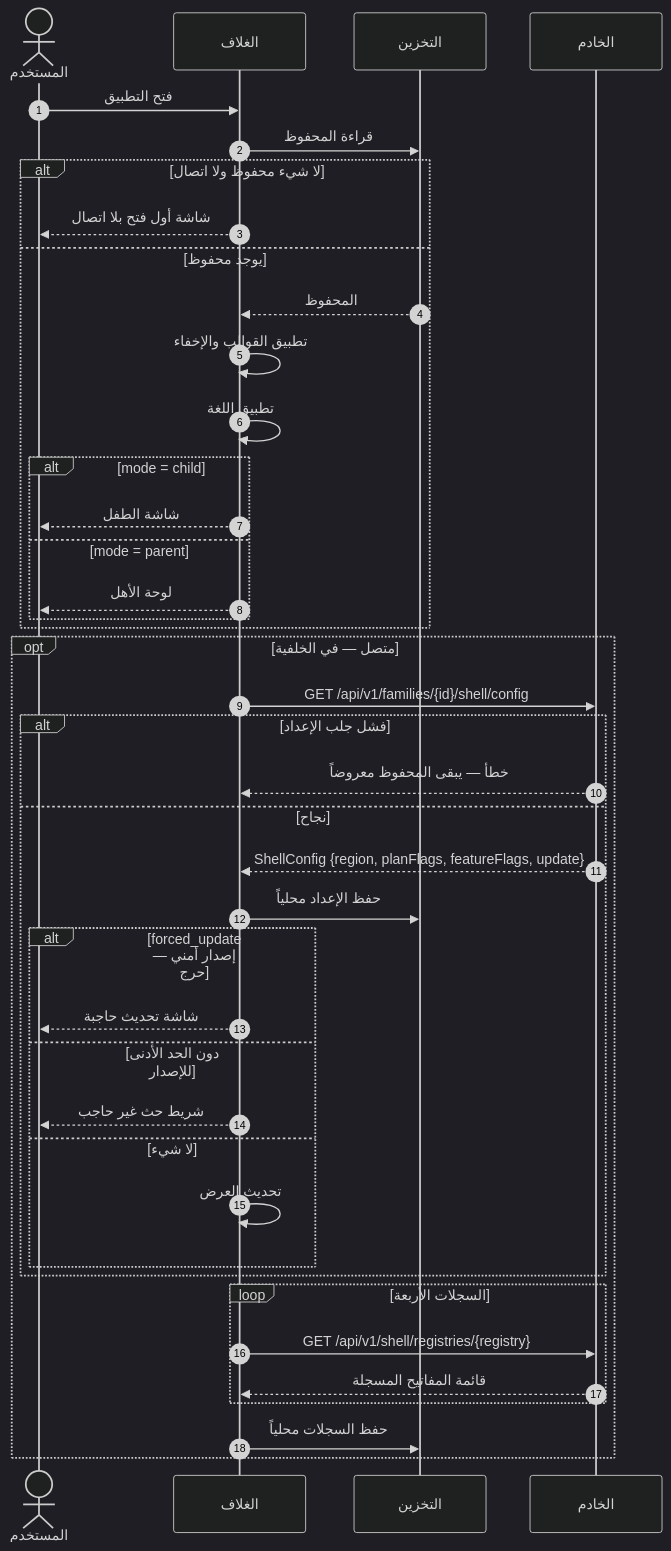
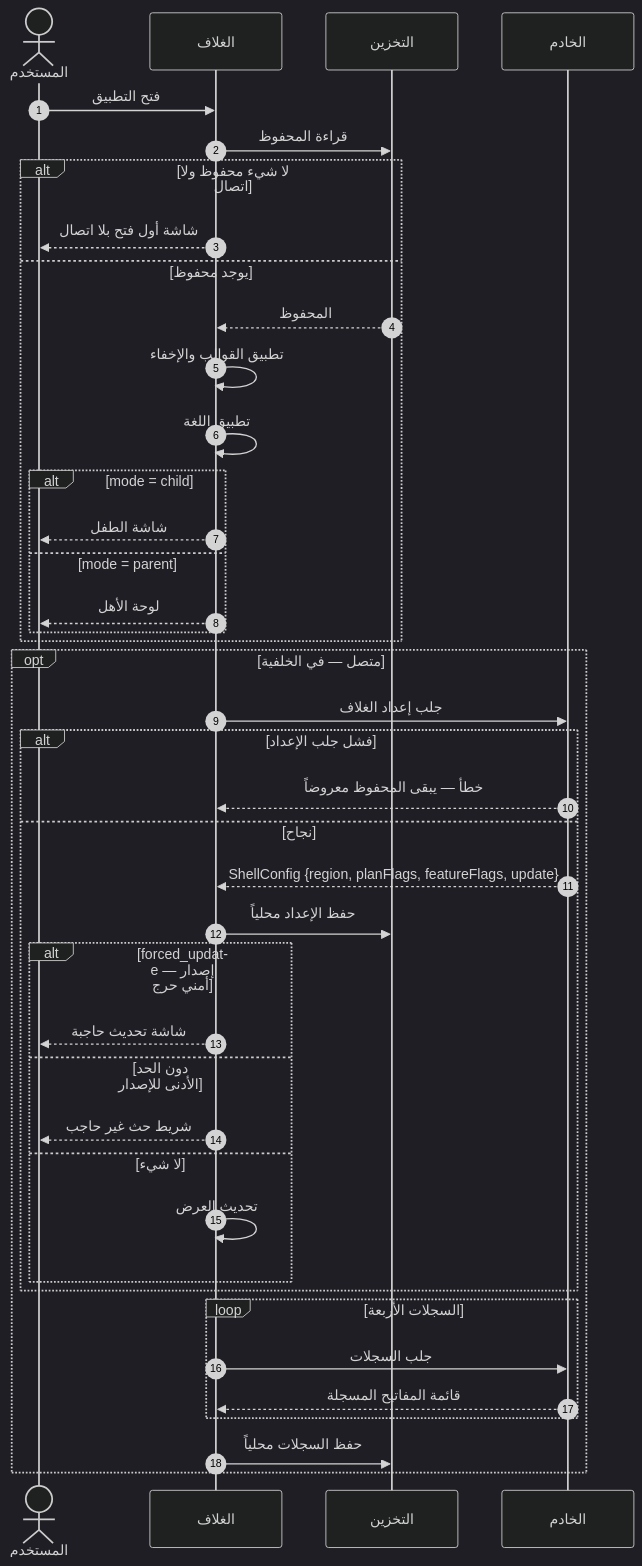
Before and after one commit to Bassam-mohammed-alqaeadi/family-os-v2: the fourth of 26 diagrams in docs/family-os/governance/phases/phase-1/S1-01-app-shell-and-platform/DIAGRAMS.md, drawn with Mermaid (dark theme). The commit also changed other lines of this file, not shown here.

````diff
--- a/docs/family-os/governance/phases/phase-1/S1-01-app-shell-and-platform/DIAGRAMS.md
+++ b/docs/family-os/governance/phases/phase-1/S1-01-app-shell-and-platform/DIAGRAMS.md
@@ -213,43 +213,44 @@
 ```mermaid
+%%{init: {"sequence": {"wrap": true}}}%%
 sequenceDiagram
     autonumber
     actor User as المستخدم
     participant Shell as الغلاف
     participant Store as التخزين
     participant Ktor as الخادم
     User->>Shell: فتح التطبيق
     Shell->>Store: قراءة المحفوظ
     alt لا شيء محفوظ ولا اتصال
         Shell-->>User: شاشة أول فتح بلا اتصال
     else يوجد محفوظ
         Store-->>Shell: المحفوظ
         Shell->>Shell: تطبيق القوالب والإخفاء
         Shell->>Shell: تطبيق اللغة
         alt mode = child
             Shell-->>User: شاشة الطفل
         else mode = parent
             Shell-->>User: لوحة الأهل
         end
     end
     opt متصل — في الخلفية
-        Shell->>Ktor: GET /api/v1/families/{id}/shell/config
+        Shell->>Ktor: جلب إعداد الغلاف
         alt فشل جلب الإعداد
             Ktor-->>Shell: خطأ — يبقى المحفوظ معروضاً
         else نجاح
             Ktor-->>Shell: ShellConfig {region, planFlags, featureFlags, update}
             Shell->>Store: حفظ الإعداد محلياً
             alt forced_update — إصدار أمني حرج
                 Shell-->>User: شاشة تحديث حاجبة
             else دون الحد الأدنى للإصدار
                 Shell-->>User: شريط حث غير حاجب
             else لا شيء
                 Shell->>Shell: تحديث العرض
             end
         end
         loop السجلات الأربعة
-            Shell->>Ktor: GET /api/v1/shell/registries/{registry}
+            Shell->>Ktor: جلب السجلات
             Ktor-->>Shell: قائمة المفاتيح المسجلة
         end
         Shell->>Store: حفظ السجلات محلياً
     end
 ```
````
